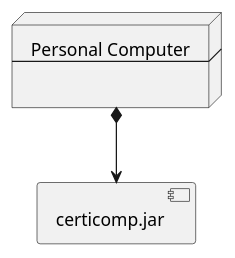
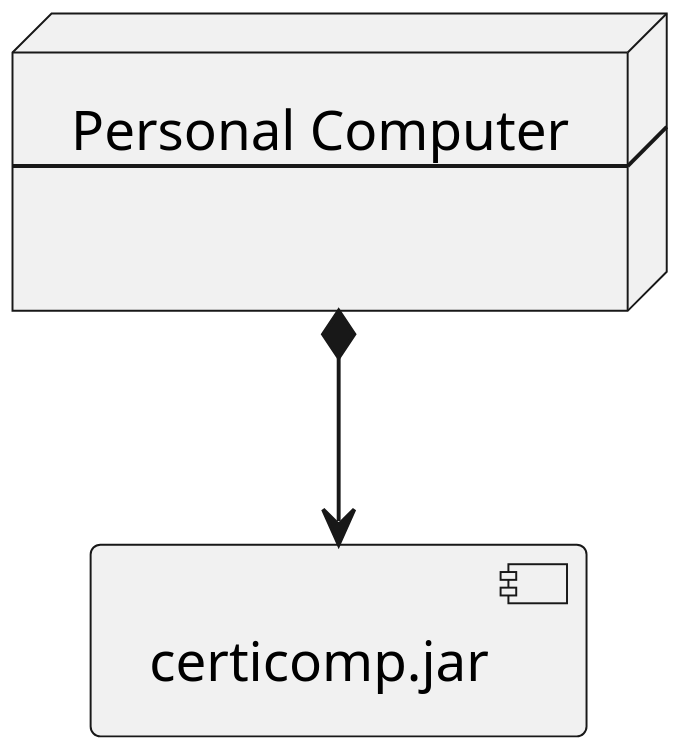
The diagram in diagramaDeDespliegue.plantuml (febres35/EdTech_IS), drawn with PlantUML before and after one commit. The commit also changed 2 other files, not shown here.

Commit message:
Agregado skinparam para aumentar resolucion

```diff
--- a/diagramaDeDespliegue.plantuml
+++ b/diagramaDeDespliegue.plantuml
@@ -1,13 +1,15 @@
 @startuml "Diagrama de despliegue"
+
+skinparam dpi 300
 
 node node[
   Personal Computer
   --
 
 ]
 
 component certicomp.jar
 
 node *--> certicomp.jar
 
 @enduml
```
